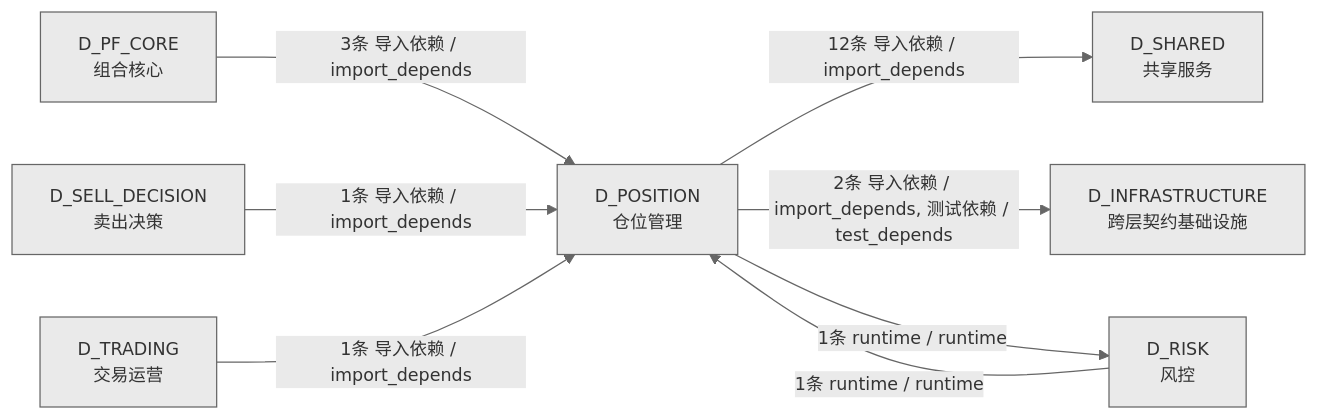
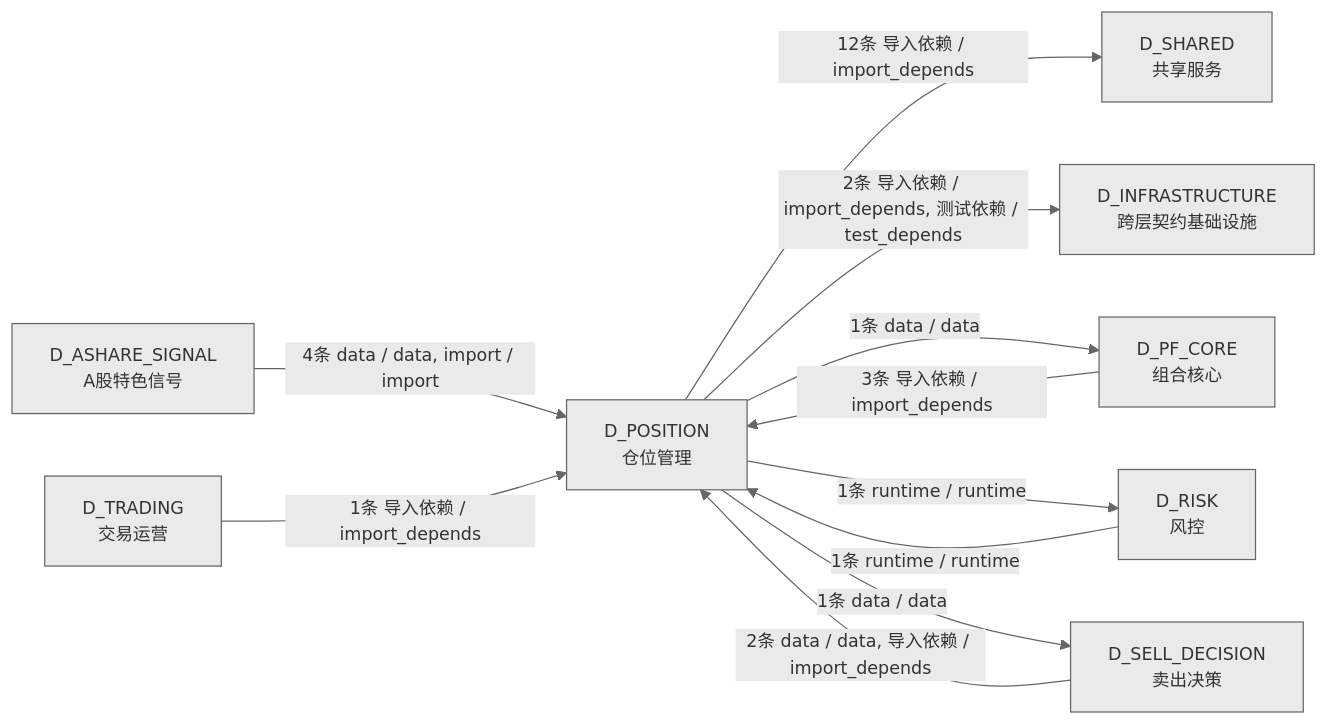
Before and after one commit to xuanFelixVan/ZephyrAlpha: the fourth of 4 diagrams in docs/02_enterprise_architecture/02_domain_architecture_docs/64_d_position.md, drawn with Mermaid. The commit also changed other lines of this file and 13 other files, not shown here.

````diff
--- a/docs/02_enterprise_architecture/02_domain_architecture_docs/64_d_position.md
+++ b/docs/02_enterprise_architecture/02_domain_architecture_docs/64_d_position.md
@@ -275,18 +304,22 @@
 ```mermaid
 %%{init: {'theme': 'base', 'themeVariables': {'primaryColor': '#eaeaea', 'primaryTextColor': '#333333', 'primaryBorderColor': '#666666', 'lineColor': '#666666', 'secondaryColor': '#eaeaea', 'tertiaryColor': '#eaeaea', 'fontSize': '14px'}}}%%
 graph LR
     D_POSITION["D_POSITION<br/>仓位管理"]
     D_SHARED["D_SHARED<br/>共享服务"]
     D_INFRASTRUCTURE["D_INFRASTRUCTURE<br/>跨层契约基础设施"]
+    D_PF_CORE["D_PF_CORE<br/>组合核心"]
     D_RISK["D_RISK<br/>风控"]
-    D_PF_CORE["D_PF_CORE<br/>组合核心"]
     D_SELL_DECISION["D_SELL_DECISION<br/>卖出决策"]
+    D_ASHARE_SIGNAL["D_ASHARE_SIGNAL<br/>A股特色信号"]
     D_TRADING["D_TRADING<br/>交易运营"]
     D_POSITION -->|12条 导入依赖 / import_depends| D_SHARED
     D_POSITION -->|2条 导入依赖 / import_depends, 测试依赖 / test_depends| D_INFRASTRUCTURE
+    D_POSITION -->|1条 data / data| D_PF_CORE
     D_POSITION -->|1条 runtime / runtime| D_RISK
+    D_POSITION -->|1条 data / data| D_SELL_DECISION
+    D_ASHARE_SIGNAL -->|4条 data / data, import / import| D_POSITION
     D_PF_CORE -->|3条 导入依赖 / import_depends| D_POSITION
+    D_SELL_DECISION -->|2条 data / data, 导入依赖 / import_depends| D_POSITION
     D_RISK -->|1条 runtime / runtime| D_POSITION
-    D_SELL_DECISION -->|1条 导入依赖 / import_depends| D_POSITION
     D_TRADING -->|1条 导入依赖 / import_depends| D_POSITION
 ```
````
